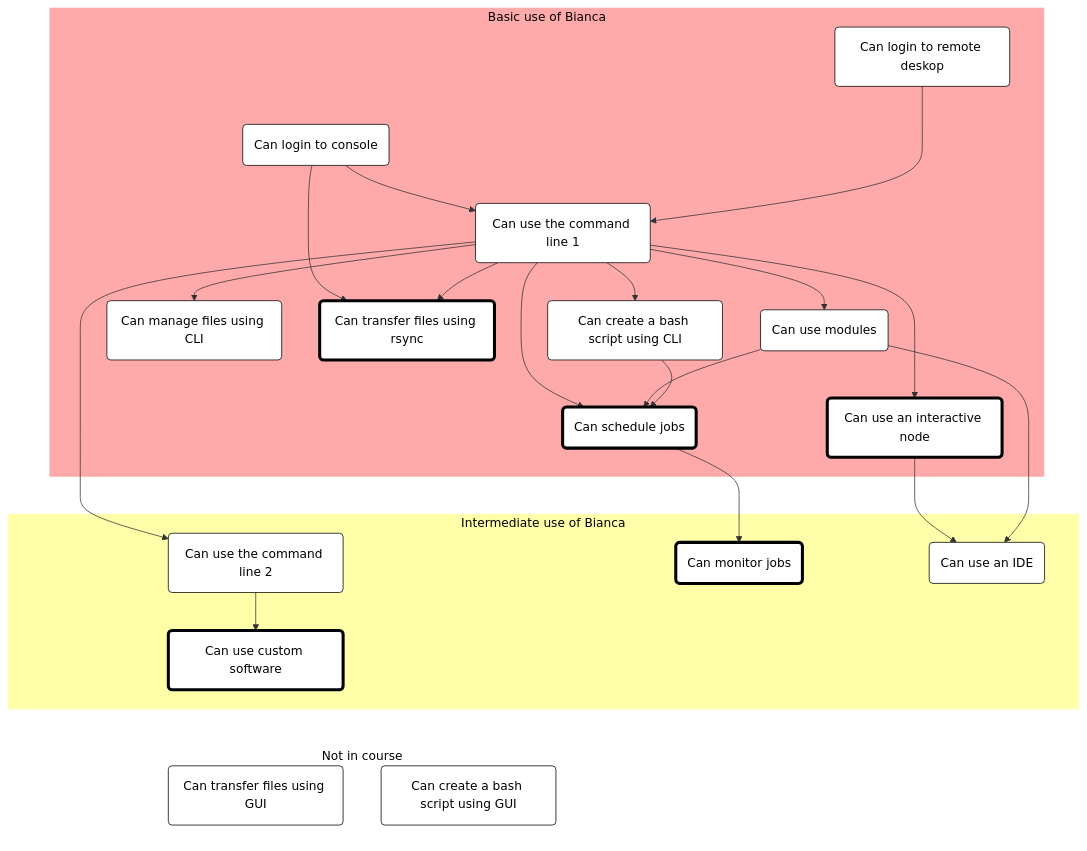
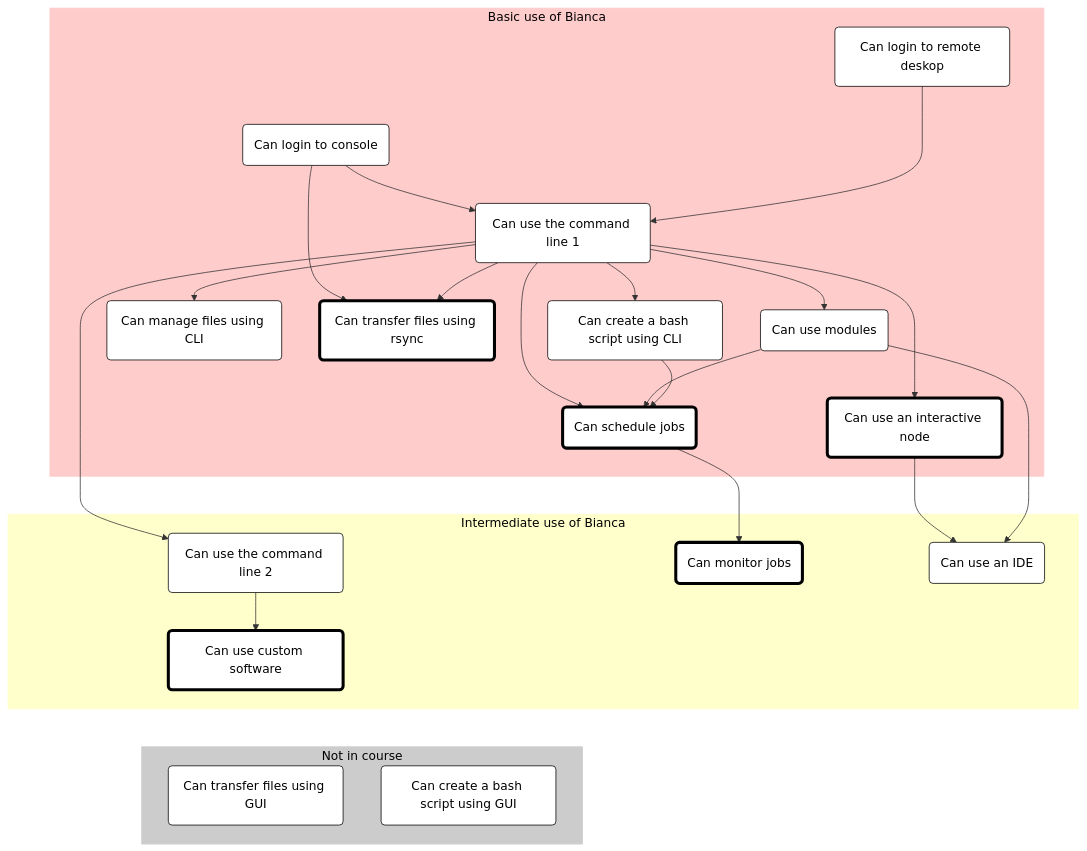
One commit to UPPMAX/bianca_workshop changed the diagram in docs/intro.md. Above: the diagram before and after it, drawn with Mermaid. The commit also changed other lines of this file, not shown here.

````diff
--- a/docs/intro.md
+++ b/docs/intro.md
@@ -44,73 +44,72 @@
 ```mermaid
 %% Direction is top->down
 flowchart TD
 
     %% Give a white background, instead of a transparent one
     classDef node fill:#fff,color:#000,stroke:#000
     classDef focus_node fill:#fff,color:#000,stroke:#000,stroke-width:4px
     
     subgraph sub_basic_use["Basic use of Bianca"]
       can_login_to_remove_desktop(Can login to remote deskop)
       can_login_to_console(Can login to console)
       can_use_command_line_1(Can use the command line 1)
       can_use_modules(Can use modules)
       can_use_interactive_node(Can use an interactive node):::focus_node
       can_manage_files_using_cli(Can manage files using CLI)
       can_tranfer_files_using_rsync(Can transfer files using rsync):::focus_node
       can_schedule_jobs(Can schedule jobs):::focus_node
       can_create_bash_script_using_cli(Can create a bash script using CLI)
     end
-    style sub_basic_use fill:#faa,color:#000,stroke:#faa
+    style sub_basic_use fill:#fcc,color:#000,stroke:#fcc
 
     subgraph sub_intermediate_use["Intermediate use of Bianca"]
       can_use_command_line_2(Can use the command line 2)
       can_use_custom_software(Can use custom software):::focus_node
       can_monitor_jobs(Can monitor jobs):::focus_node
       can_use_ide(Can use an IDE)
     end
-    style sub_intermediate_use fill:#Ffa,color:#000,stroke:#ffa
+    style sub_intermediate_use fill:#ffc,color:#000,stroke:#ffc
 
     subgraph sub_non_goal["Not in course"]
       can_tranfer_files_using_gui(Can transfer files using GUI)
       can_create_bash_script_using_gui(Can create a bash script using GUI)
     end
-    style sub_non_goal fill:#fff,color:#000,stroke:#fff
+    style sub_non_goal fill:#ccc,color:#000,stroke:#ccc
 
 
     %% Basic
     can_login_to_console --> can_tranfer_files_using_rsync
     can_login_to_console --> can_use_command_line_1
     can_login_to_remove_desktop ---> can_use_command_line_1
     can_use_command_line_1 --> can_use_modules
     can_use_command_line_1 --> can_use_interactive_node
     can_use_command_line_1 --> can_use_command_line_2
     can_use_command_line_1 --> can_create_bash_script_using_cli
     can_use_command_line_1 --> can_schedule_jobs
     can_use_command_line_1 --> can_manage_files_using_cli
     can_use_command_line_1 --> can_tranfer_files_using_rsync
     can_use_modules --> can_schedule_jobs
     can_create_bash_script_using_cli --> can_schedule_jobs
 
     %% Basic -> Intermediate
     can_schedule_jobs --> can_monitor_jobs
     can_use_interactive_node --> can_use_ide
     can_use_modules --> can_use_ide
 
     %% Make sure Intermediate is below Basic,
     %% using invisible nodes
     can_schedule_jobs ~~~ can_use_command_line_2
 
     %% Intermediate
     can_use_command_line_2 --> can_use_custom_software
 
     %% Basic -> None
     %% can_login_to_remove_desktop ---> can_tranfer_files_using_gui
     %% can_tranfer_files_using_gui --> can_use_custom_software
     %% can_login_to_remove_desktop ---> can_create_bash_script_using_gui
     %% can_create_bash_script_using_gui --> can_schedule_jobs
 
     %% Make sure Non-goals is below Intermediat,
     %% using invisible nodes
     can_use_custom_software ~~~ can_tranfer_files_using_gui
-   
 ```
````
